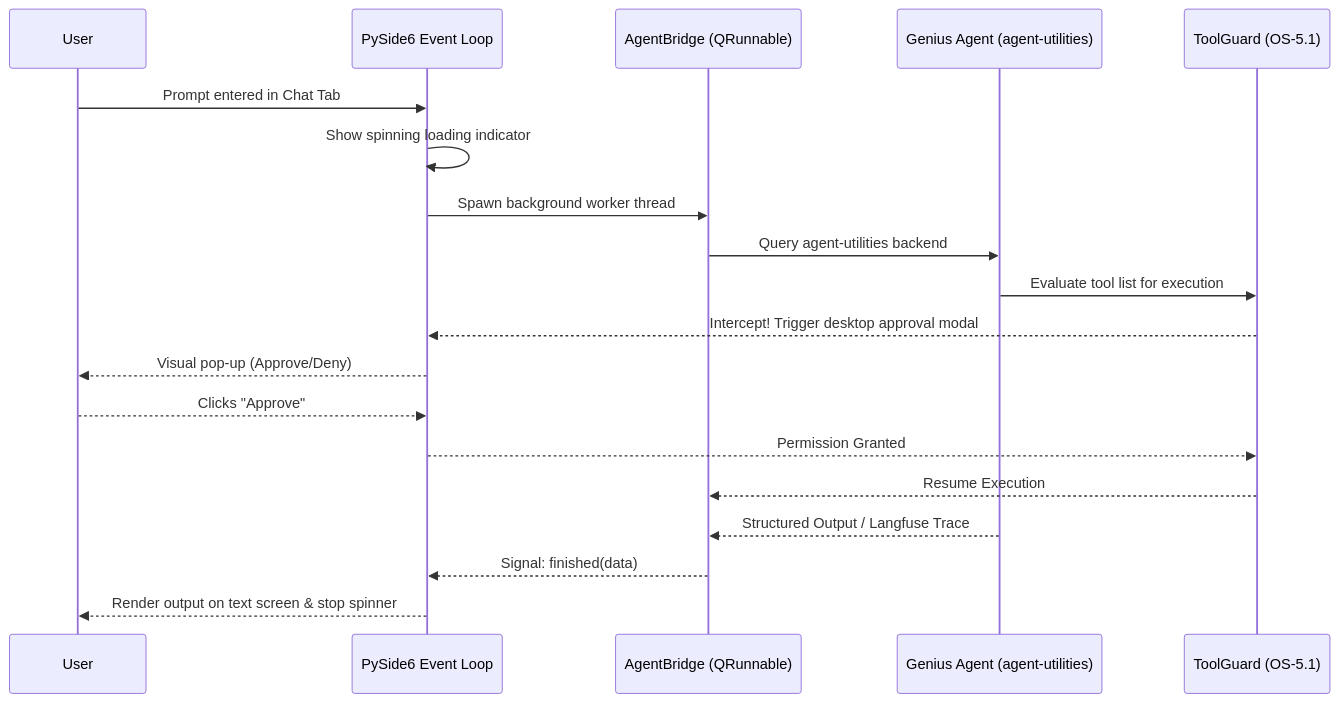
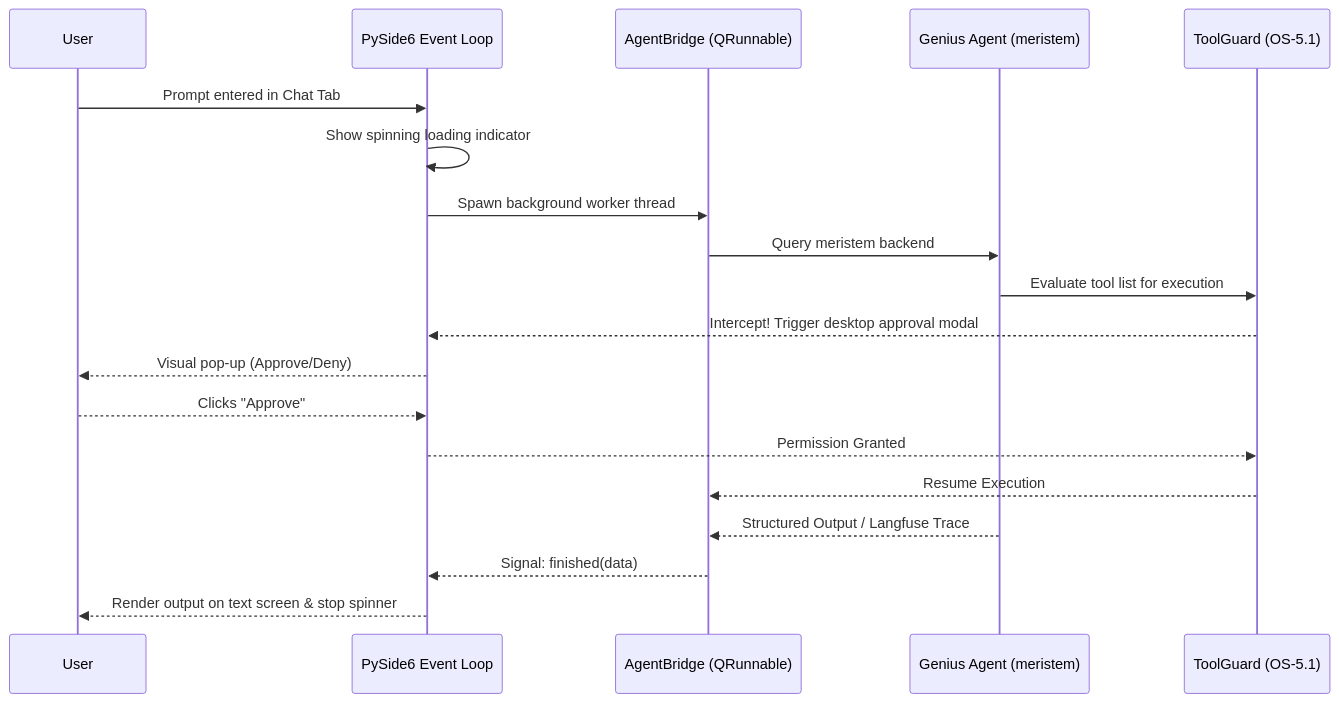
Before and after one commit to Knuckles-Team/geniusbot: the third of 3 diagrams in AGENTS.md, drawn with Mermaid. The commit also changed other lines of this file and 164 other files, not shown here.

````diff
--- a/AGENTS.md
+++ b/AGENTS.md
@@ -132,22 +132,22 @@
 ```mermaid
 sequenceDiagram
     participant User as User
     participant UI as PySide6 Event Loop
     participant Bridge as AgentBridge (QRunnable)
-    participant Agent as Genius Agent (agent-utilities)
+    participant Agent as Genius Agent (meristem)
     participant Guard as ToolGuard (OS-5.1)
 
     User->>UI: Prompt entered in Chat Tab
     UI->>UI: Show spinning loading indicator
     UI->>Bridge: Spawn background worker thread
-    Bridge->>Agent: Query agent-utilities backend
+    Bridge->>Agent: Query meristem backend
     Agent->>Guard: Evaluate tool list for execution
     Guard-->>UI: Intercept! Trigger desktop approval modal
     UI-->>User: Visual pop-up (Approve/Deny)
     User-->>UI: Clicks "Approve"
     UI-->>Guard: Permission Granted
     Guard-->>Bridge: Resume Execution
     Agent-->>Bridge: Structured Output / Langfuse Trace
     Bridge-->>UI: Signal: finished(data)
     UI-->>User: Render output on text screen & stop spinner
 ```
````
